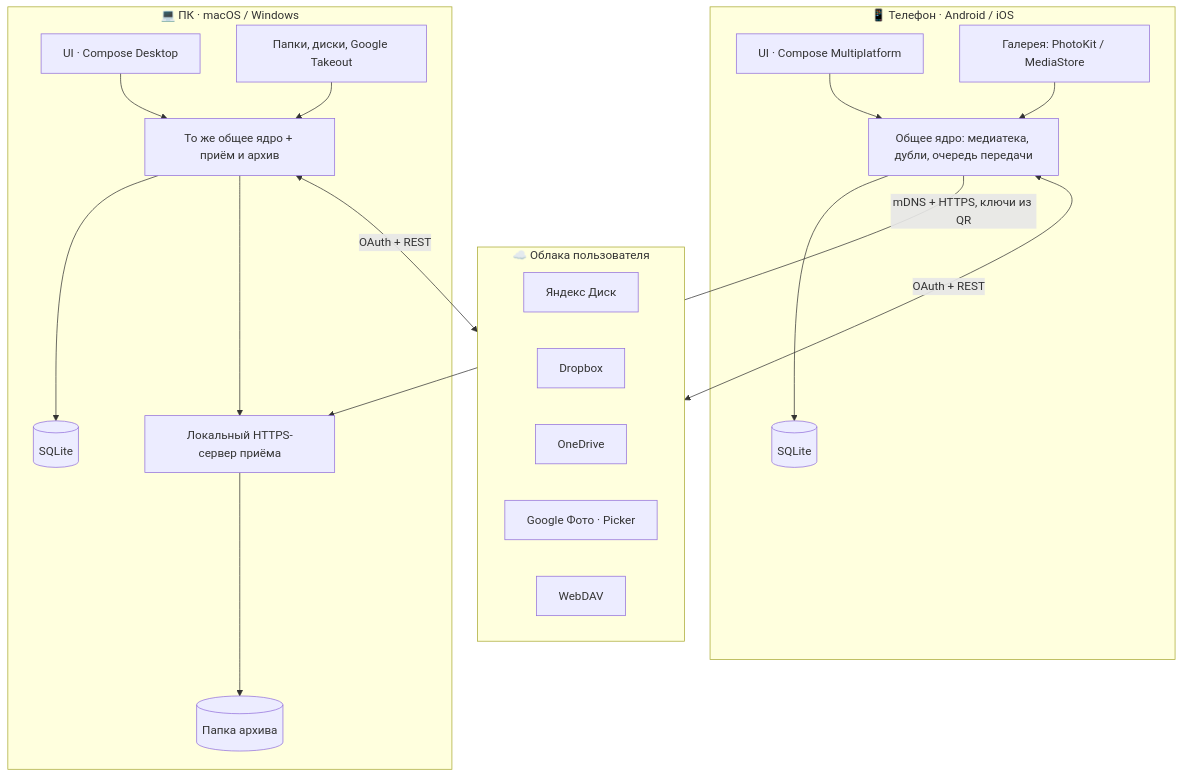
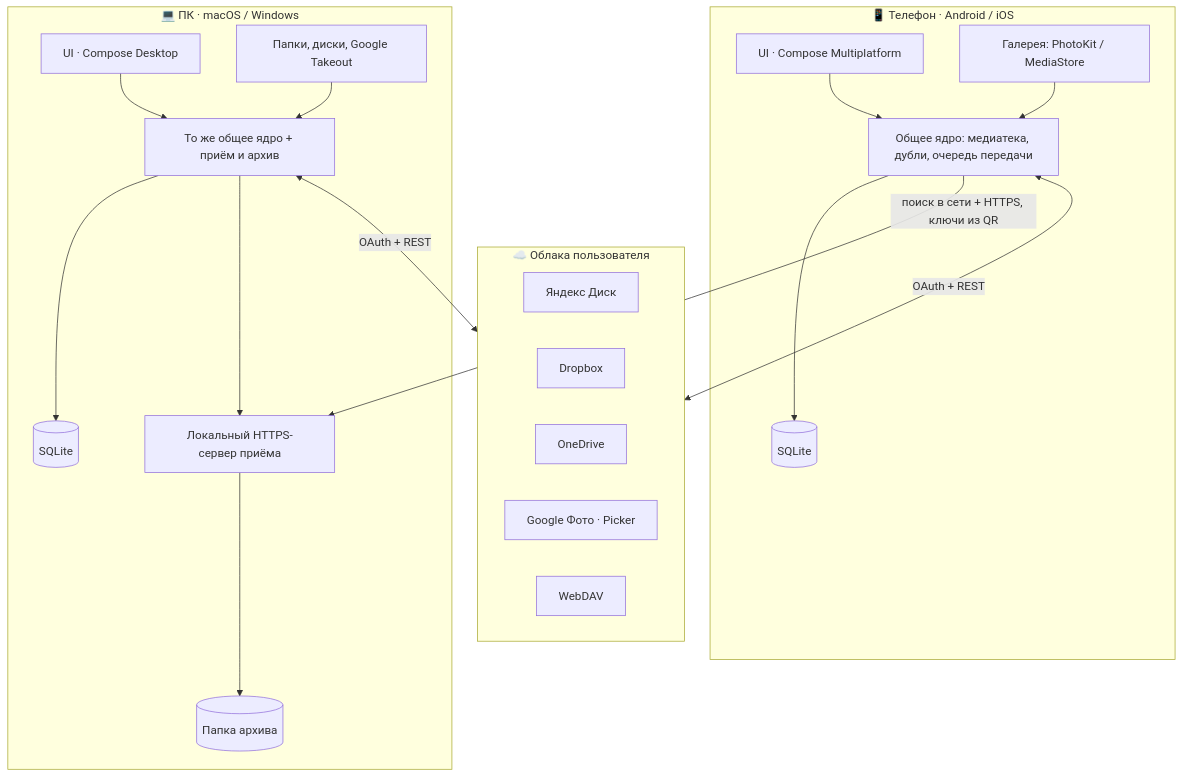
Before and after one commit to intelbetteramd-sys/homeroll: the first of 4 diagrams in docs/architecture/overview.md, drawn with Mermaid. The commit also changed other lines of this file and 5 other files, not shown here.

````diff
--- a/docs/architecture/overview.md
+++ b/docs/architecture/overview.md
@@ -14,36 +14,36 @@
 ```mermaid
 flowchart TB
   subgraph Phone["📱 Телефон · Android / iOS"]
     UI1["UI · Compose Multiplatform"]
     CORE1["Общее ядро: медиатека, дубли, очередь передачи"]
     DB1[("SQLite")]
     GAL["Галерея: PhotoKit / MediaStore"]
     UI1 --> CORE1 --> DB1
     GAL --> CORE1
   end
 
   subgraph Desktop["💻 ПК · macOS / Windows"]
     UI2["UI · Compose Desktop"]
     CORE2["То же общее ядро + приём и архив"]
     DB2[("SQLite")]
     SRV["Локальный HTTPS-сервер приёма"]
     FS["Папки, диски, Google Takeout"]
     ARCH[("Папка архива")]
     UI2 --> CORE2 --> DB2
     FS --> CORE2
     SRV --> ARCH
     CORE2 --> SRV
   end
 
   subgraph Clouds["☁️ Облака пользователя"]
     YA["Яндекс Диск"]
     DBX["Dropbox"]
     OD["OneDrive"]
     GP["Google Фото · Picker"]
     DAV["WebDAV"]
   end
 
   CORE1 <-- "OAuth + REST" --> Clouds
   CORE2 <-- "OAuth + REST" --> Clouds
-  CORE1 -- "mDNS + HTTPS, ключи из QR" --> SRV
+  CORE1 -- "поиск в сети + HTTPS, ключи из QR" --> SRV
 ```
````
